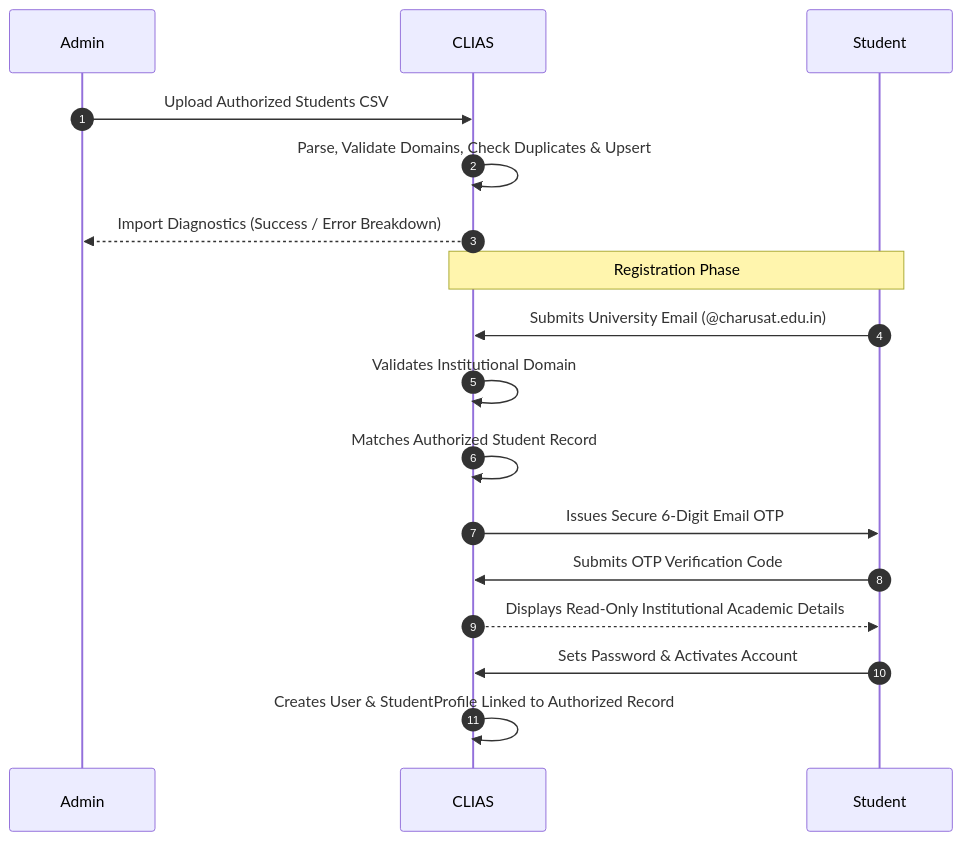
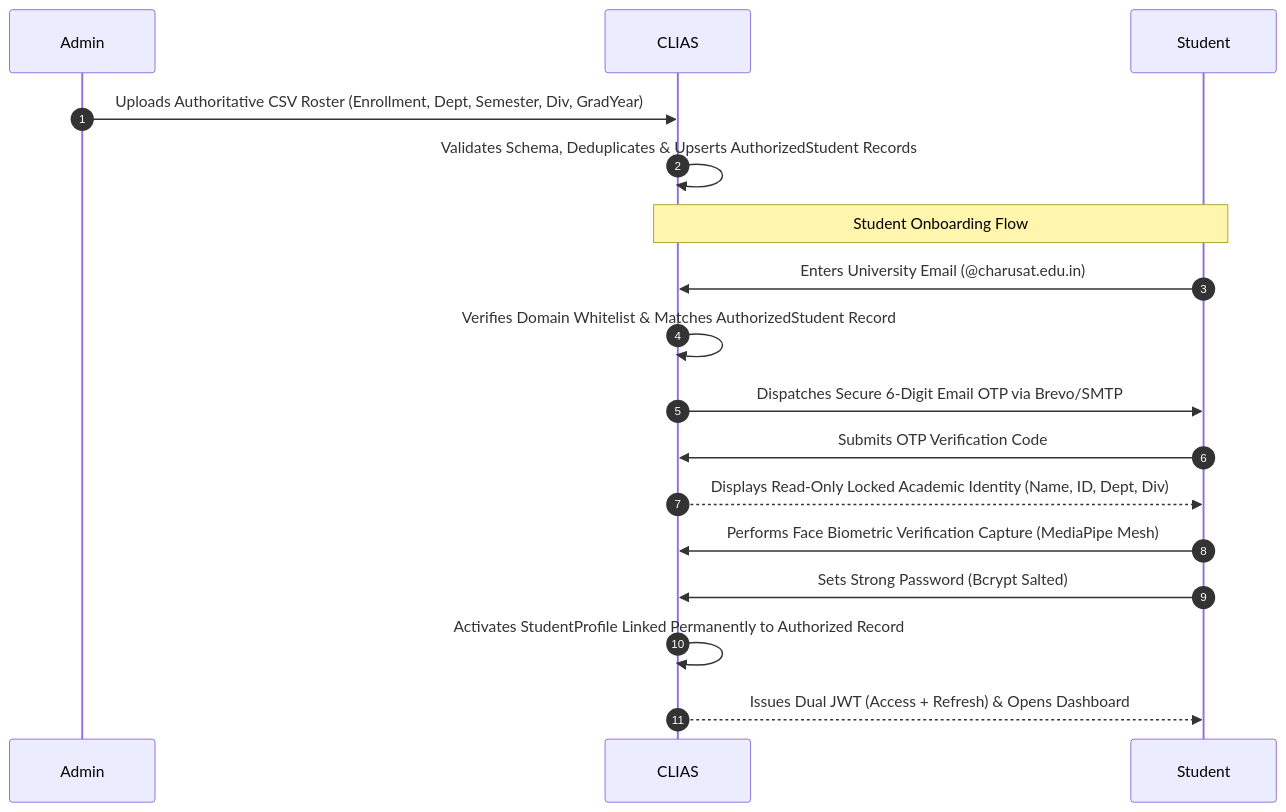
The third of 3 diagrams in README.md (Jigar-CS/CS26029-AdaptIQ), drawn with Mermaid before and after one commit. The commit also changed other lines of this file and 29 other files, not shown here.

````diff
--- a/README.md
+++ b/README.md
@@ -166,16 +169,16 @@
 ```mermaid
 sequenceDiagram
     autonumber
-    Admin->>CLIAS: Upload Authorized Students CSV
-    CLIAS->>CLIAS: Parse, Validate Domains, Check Duplicates & Upsert
-    CLIAS-->>Admin: Import Diagnostics (Success / Error Breakdown)
-    Note over Student, CLIAS: Registration Phase
-    Student->>CLIAS: Submits University Email (@charusat.edu.in)
-    CLIAS->>CLIAS: Validates Institutional Domain
-    CLIAS->>CLIAS: Matches Authorized Student Record
-    CLIAS->>Student: Issues Secure 6-Digit Email OTP
+    Admin->>CLIAS: Uploads Authoritative CSV Roster (Enrollment, Dept, Semester, Div, GradYear)
+    CLIAS->>CLIAS: Validates Schema, Deduplicates & Upserts AuthorizedStudent Records
+    Note over Student, CLIAS: Student Onboarding Flow
+    Student->>CLIAS: Enters University Email (@charusat.edu.in)
+    CLIAS->>CLIAS: Verifies Domain Whitelist & Matches AuthorizedStudent Record
+    CLIAS->>Student: Dispatches Secure 6-Digit Email OTP via Brevo/SMTP
     Student->>CLIAS: Submits OTP Verification Code
-    CLIAS-->>Student: Displays Read-Only Institutional Academic Details
-    Student->>CLIAS: Sets Password & Activates Account
-    CLIAS->>CLIAS: Creates User & StudentProfile Linked to Authorized Record
+    CLIAS-->>Student: Displays Read-Only Locked Academic Identity (Name, ID, Dept, Div)
+    Student->>CLIAS: Performs Face Biometric Verification Capture (MediaPipe Mesh)
+    Student->>CLIAS: Sets Strong Password (Bcrypt Salted)
+    CLIAS->>CLIAS: Activates StudentProfile Linked Permanently to Authorized Record
+    CLIAS-->>Student: Issues Dual JWT (Access + Refresh) & Opens Dashboard
 ```
````
